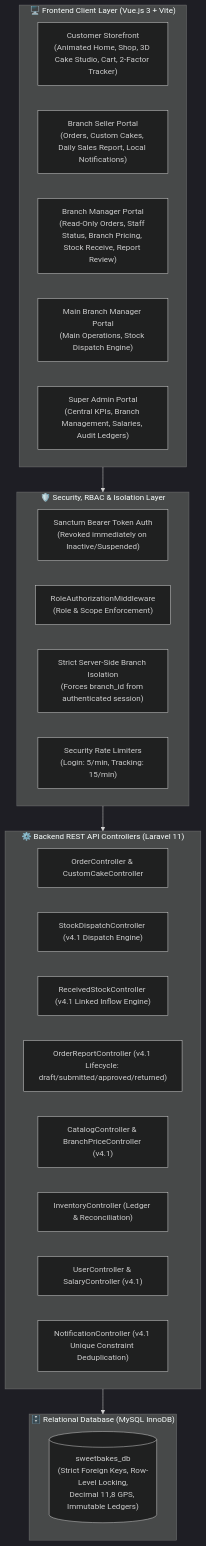
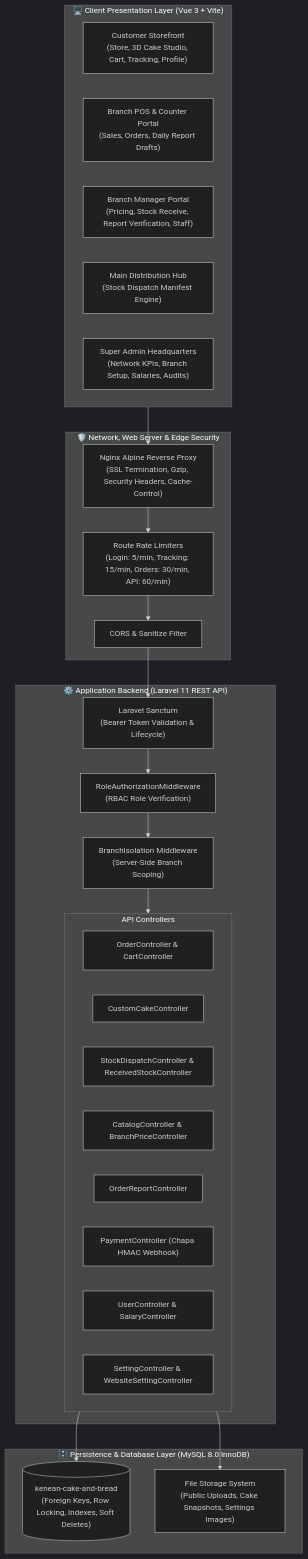
Before and after one commit to niga-star/Kenean-Cake-and-bread-: the second of 10 diagrams in SYSTEM_DOCUMENTATION.md, drawn with Mermaid (dark theme). The commit also changed other lines of this file and 15 other files, not shown here.

Commit message:
feat(system): comprehensive upgrade across all 6 phases (POS, Dessie route map, payments, scheduler, tests)

````diff
--- a/SYSTEM_DOCUMENTATION.md
+++ b/SYSTEM_DOCUMENTATION.md
@@ -54,36 +96,48 @@
 ```mermaid
 flowchart TD
-    subgraph ClientLayer["🖥️ Frontend Client Layer (Vue.js 3 + Vite)"]
-        CustomerUI["Customer Storefront\n(Animated Home, Shop, 3D Cake Studio, Cart, 2-Factor Tracker)"]
-        SellerUI["Branch Seller Portal\n(Orders, Custom Cakes, Daily Sales Report, Local Notifications)"]
-        ManagerUI["Branch Manager Portal\n(Read-Only Orders, Staff Status, Branch Pricing, Stock Receive, Report Review)"]
-        MainManagerUI["Main Branch Manager Portal\n(Main Operations, Stock Dispatch Engine)"]
-        AdminUI["Super Admin Portal\n(Central KPIs, Branch Management, Salaries, Audit Ledgers)"]
+    subgraph ClientDeviceLayer["🖥️ Client Presentation Layer (Vue 3 + Vite)"]
+        CustomerPortal["Customer Storefront<br/>(Store, 3D Cake Studio, Cart, Tracking, Profile)"]
+        SellerPortal["Branch POS & Counter Portal<br/>(Sales, Orders, Daily Report Drafts)"]
+        ManagerPortal["Branch Manager Portal<br/>(Pricing, Stock Receive, Report Verification, Staff)"]
+        MainManagerPortal["Main Distribution Hub<br/>(Stock Dispatch Manifest Engine)"]
+        SuperAdminPortal["Super Admin Headquarters<br/>(Network KPIs, Branch Setup, Salaries, Audits)"]
     end
 
-    subgraph SecurityLayer["🛡️ Security, RBAC & Isolation Layer"]
-        SanctumAuth["Sanctum Bearer Token Auth\n(Revoked immediately on Inactive/Suspended)"]
-        RBACMiddleware["RoleAuthorizationMiddleware\n(Role & Scope Enforcement)"]
-        BranchIsolation["Strict Server-Side Branch Isolation\n(Forces branch_id from authenticated session)"]
-        RateLimiter["Security Rate Limiters\n(Login: 5/min, Tracking: 15/min)"]
+    subgraph GatewayLayer["🛡️ Network, Web Server & Edge Security"]
+        NginxProxy["Nginx Alpine Reverse Proxy<br/>(SSL Termination, Gzip, Security Headers, Cache-Control)"]
+        RateLimiter["Route Rate Limiters<br/>(Login: 5/min, Tracking: 15/min, Orders: 30/min, API: 60/min)"]
+        CORSGuard["CORS & Sanitize Filter"]
     end
 
-    subgraph BackendLayer["⚙️ Backend REST API Controllers (Laravel 11)"]
-        OrderCtrl["OrderController & CustomCakeController"]
-        DispatchCtrl["StockDispatchController (v4.1 Dispatch Engine)"]
-        StockRcvCtrl["ReceivedStockController (v4.1 Linked Inflow Engine)"]
-        ReportCtrl["OrderReportController (v4.1 Lifecycle: draft/submitted/approved/returned)"]
-        CatalogCtrl["CatalogController & BranchPriceController (v4.1)"]
-        InventoryCtrl["InventoryController (Ledger & Reconciliation)"]
-        UserCtrl["UserController & SalaryController (v4.1)"]
-        NotifyCtrl["NotificationController (v4.1 Unique Constraint Deduplication)"]
+    subgraph ApplicationLayer["⚙️ Application Backend (Laravel 11 REST API)"]
+        SanctumAuth["Laravel Sanctum<br/>(Bearer Token Validation & Lifecycle)"]
+        RoleGuard["RoleAuthorizationMiddleware<br/>(RBAC Role Verification)"]
+        BranchGuard["BranchIsolation Middleware<br/>(Server-Side Branch Scoping)"]
+        
+        subgraph Controllers["API Controllers"]
+            OrderCtrl["OrderController & CartController"]
+            CustomCakeCtrl["CustomCakeController"]
+            StockCtrl["StockDispatchController & ReceivedStockController"]
+            CatalogCtrl["CatalogController & BranchPriceController"]
+            ReportCtrl["OrderReportController"]
+            PayCtrl["PaymentController (Chapa HMAC Webhook)"]
+            UserCtrl["UserController & SalaryController"]
+            SettingCtrl["SettingController & WebsiteSettingController"]
+        end
     end
 
-    subgraph DatabaseLayer["🗄️ Relational Database (MySQL InnoDB)"]
-        CoreDB[("sweetbakes_db\n(Strict Foreign Keys, Row-Level Locking,\nDecimal 11,8 GPS, Immutable Ledgers)")]
+    subgraph DataStorageLayer["🗄️ Persistence & Database Layer (MySQL 8.0 InnoDB)"]
+        RelationalDB[("kenean-cake-and-bread<br/>(Foreign Keys, Row Locking, Indexes, Soft Deletes)")]
+        FileStorage["File Storage System<br/>(Public Uploads, Cake Snapshots, Settings Images)"]
     end
 
-    ClientLayer --> SecurityLayer
-    SecurityLayer --> BackendLayer
-    BackendLayer --> DatabaseLayer
+    ClientDeviceLayer --> NginxProxy
+    NginxProxy --> RateLimiter
+    RateLimiter --> CORSGuard
+    CORSGuard --> SanctumAuth
+    SanctumAuth --> RoleGuard
+    RoleGuard --> BranchGuard
+    BranchGuard --> Controllers
+    Controllers --> RelationalDB
+    Controllers --> FileStorage
 ```
````
